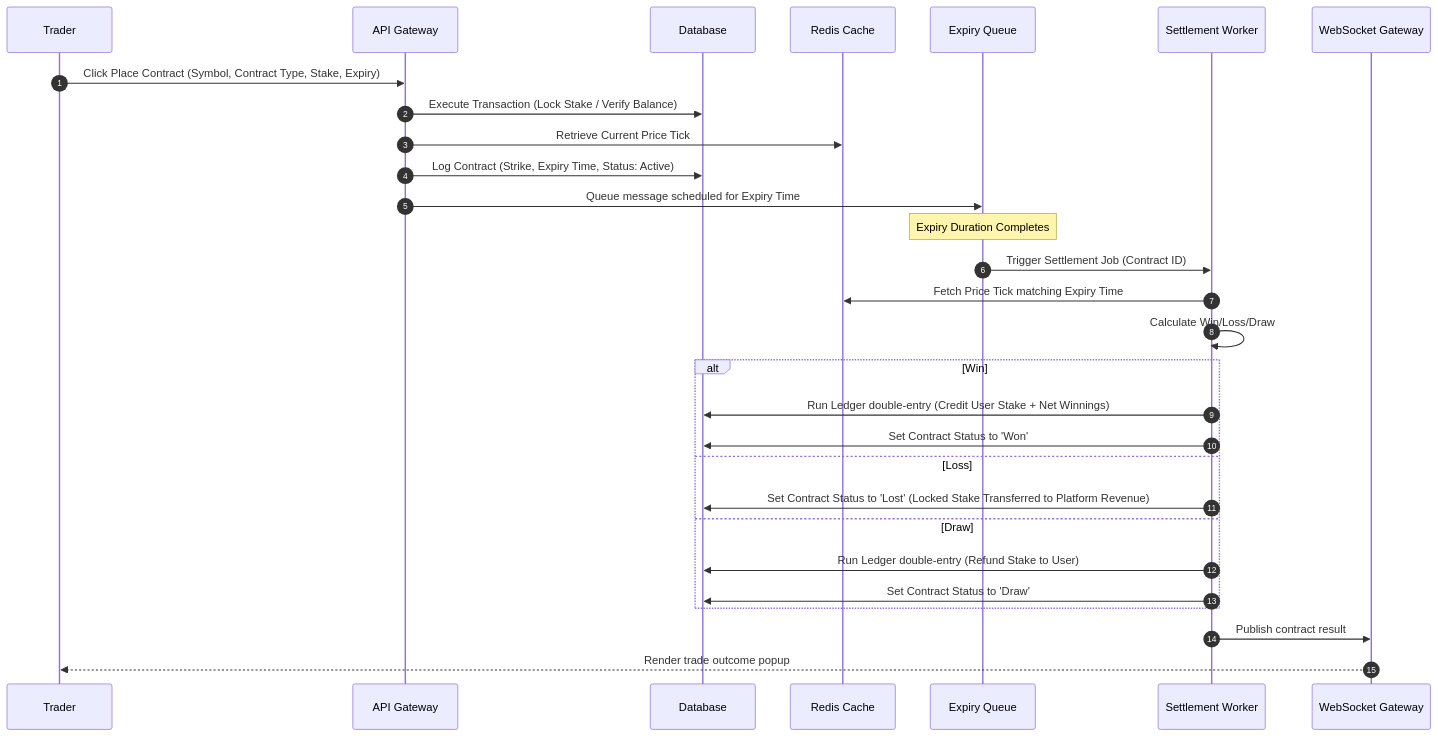
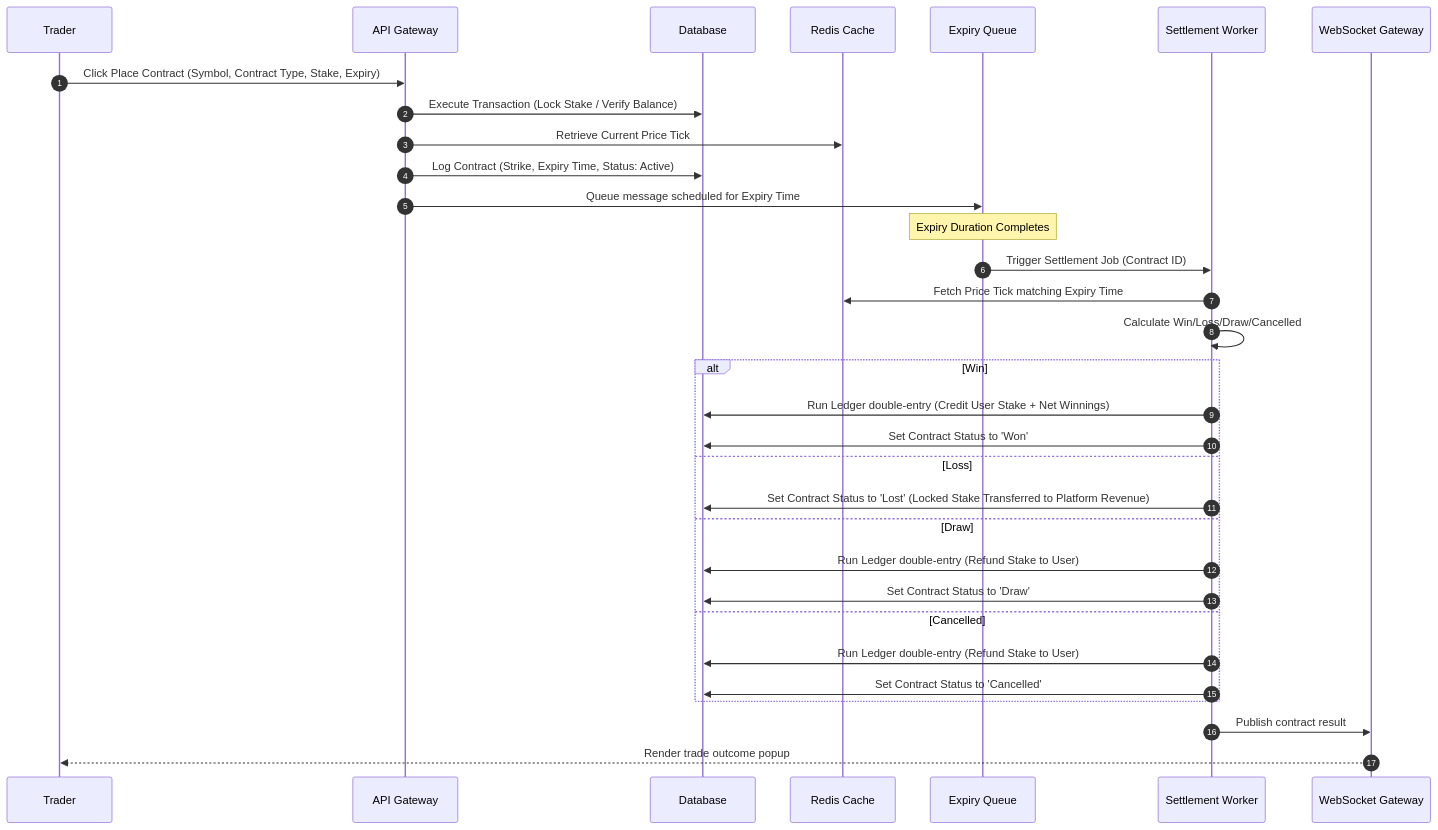
The fourth of 4 diagrams in docs/02_SYSTEM_REQUIREMENTS.md (justabacha/SkiesPro), drawn with Mermaid before and after one commit. The commit also changed other lines of this file and 3 other files, not shown here.

````diff
--- a/docs/02_SYSTEM_REQUIREMENTS.md
+++ b/docs/02_SYSTEM_REQUIREMENTS.md
@@ -295,24 +295,27 @@
 ```mermaid
 sequenceDiagram
     autonumber
     Trader->>API Gateway: Click Place Contract (Symbol, Contract Type, Stake, Expiry)
     API Gateway->>Database: Execute Transaction (Lock Stake / Verify Balance)
     API Gateway->>Redis Cache: Retrieve Current Price Tick
     API Gateway->>Database: Log Contract (Strike, Expiry Time, Status: Active)
     API Gateway->>Expiry Queue: Queue message scheduled for Expiry Time
     Note over Expiry Queue: Expiry Duration Completes
     Expiry Queue->>Settlement Worker: Trigger Settlement Job (Contract ID)
     Settlement Worker->>Redis Cache: Fetch Price Tick matching Expiry Time
-    Settlement Worker->>Settlement Worker: Calculate Win/Loss/Draw
+    Settlement Worker->>Settlement Worker: Calculate Win/Loss/Draw/Cancelled
     Alt Win
         Settlement Worker->>Database: Run Ledger double-entry (Credit User Stake + Net Winnings)
         Settlement Worker->>Database: Set Contract Status to 'Won'
     Else Loss
         Settlement Worker->>Database: Set Contract Status to 'Lost' (Locked Stake Transferred to Platform Revenue)
     Else Draw
         Settlement Worker->>Database: Run Ledger double-entry (Refund Stake to User)
         Settlement Worker->>Database: Set Contract Status to 'Draw'
+    Else Cancelled
+        Settlement Worker->>Database: Run Ledger double-entry (Refund Stake to User)
+        Settlement Worker->>Database: Set Contract Status to 'Cancelled'
     End
     Settlement Worker->>WebSocket Gateway: Publish contract result
     WebSocket Gateway-->>Trader: Render trade outcome popup
 ```
````
